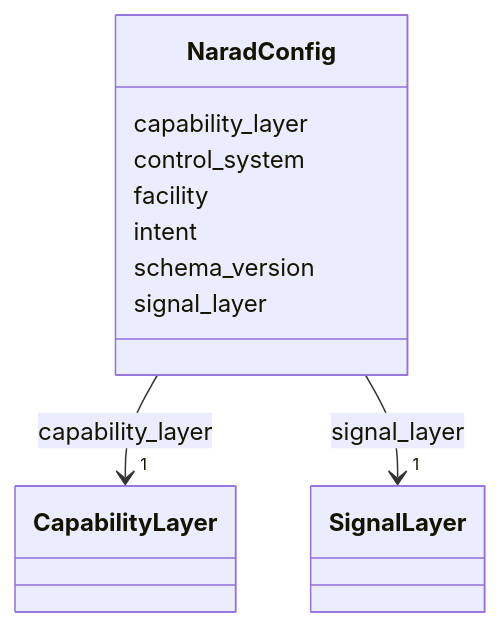
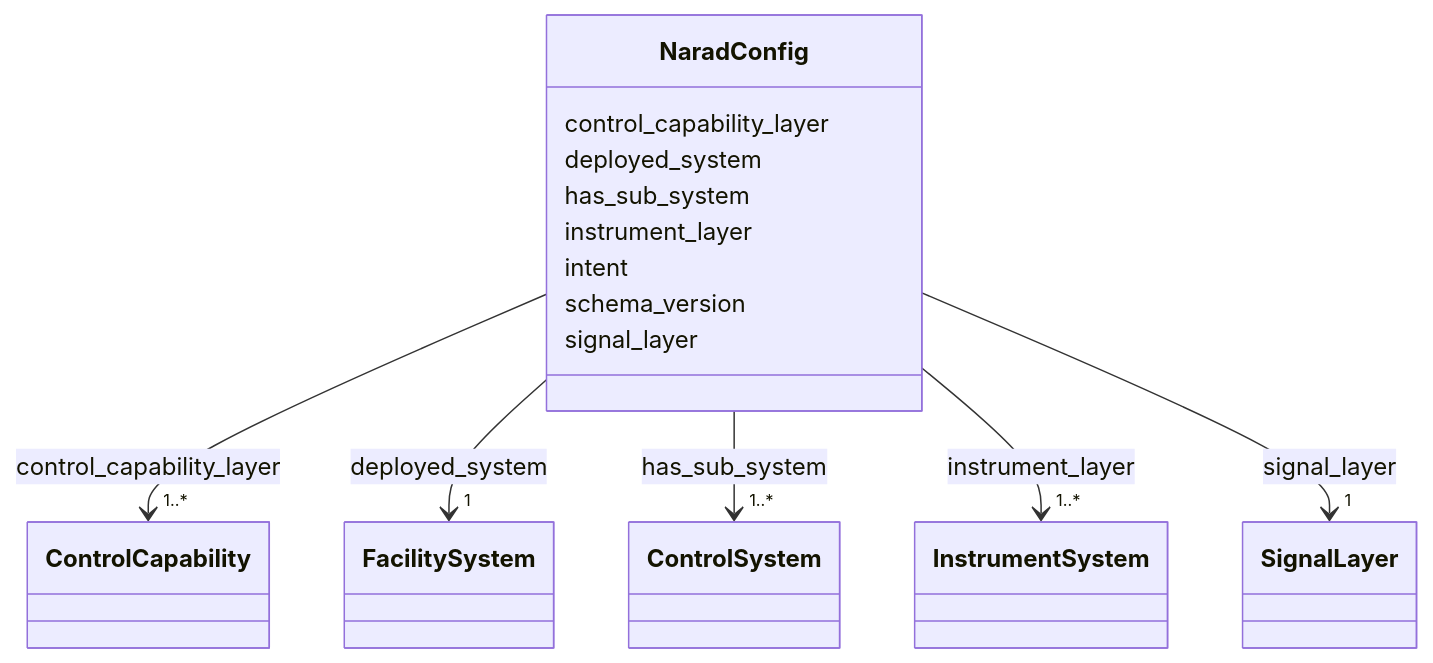
One commit to pals-project/pals-facility-config changed the diagram in docs_narad/NaradConfig.md. Above: the diagram before and after it, drawn with Mermaid. The commit also changed other lines of this file and 126 other files, not shown here.

````diff
--- a/docs_narad/NaradConfig.md
+++ b/docs_narad/NaradConfig.md
@@ -18,36 +18,65 @@
 ```mermaid
  classDiagram
     class NaradConfig
     click NaradConfig href "../NaradConfig/"
-      NaradConfig : capability_layer
+      NaradConfig : control_capability_layer
         
           
     
         
         
-        NaradConfig --> "1" CapabilityLayer : capability_layer
-        click CapabilityLayer href "../CapabilityLayer/"
+        NaradConfig --> "1..*" ControlCapability : control_capability_layer
+        click ControlCapability href "../ControlCapability/"
     
 
         
-      NaradConfig : control_system
+      NaradConfig : deployed_system
         
-      NaradConfig : facility
+          
+    
+        
+        
+        NaradConfig --> "1" FacilitySystem : deployed_system
+        click FacilitySystem href "../FacilitySystem/"
+    
+
+        
+      NaradConfig : has_sub_system
+        
+          
+    
+        
+        
+        NaradConfig --> "1..*" ControlSystem : has_sub_system
+        click ControlSystem href "../ControlSystem/"
+    
+
+        
+      NaradConfig : instrument_layer
+        
+          
+    
+        
+        
+        NaradConfig --> "1..*" InstrumentSystem : instrument_layer
+        click InstrumentSystem href "../InstrumentSystem/"
+    
+
         
       NaradConfig : intent
         
       NaradConfig : schema_version
         
       NaradConfig : signal_layer
         
           
     
         
         
         NaradConfig --> "1" SignalLayer : signal_layer
         click SignalLayer href "../SignalLayer/"
     
 
         
       
 ```
````
